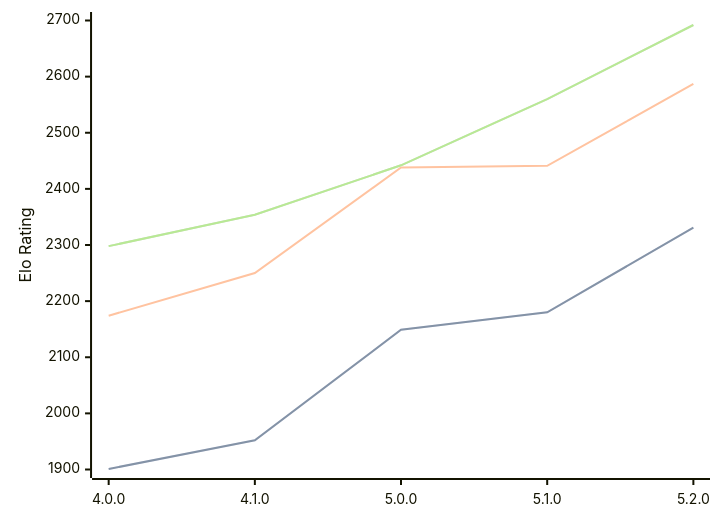
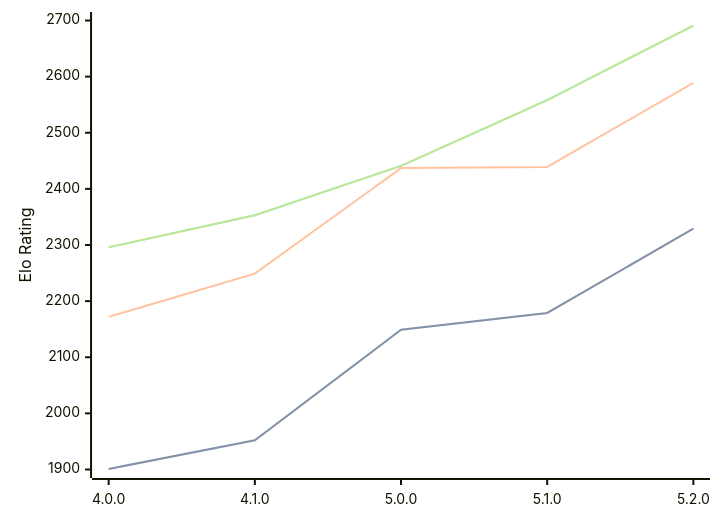
One commit to computer-chess-index/cci changed the diagram in engines/Aconcagua.md. Above: the diagram before and after it, drawn with Mermaid. The commit also changed other lines of this file, not shown here.

Commit message:
Update CCI Ratings (ELO VLTC) - 2026-08-11

````diff
--- a/engines/Aconcagua.md
+++ b/engines/Aconcagua.md
@@ -35,11 +35,11 @@
 ```mermaid
 %%{init: {"theme":"base","themeVariables":{"seriesColors:['#a3a3a3','#222221','#faa371']}}}%%
 xychart-beta
   x-axis ["4.0.0", "4.1.0", "5.0.0", "5.1.0", "5.2.0"]
   y-axis "Elo Rating" 1900 --> 2700
-  line "STC (8.0+0.08s)" [1901, 1952, 2149, 2180, 2331]
-  line "STC (8.0+0.08s)" [1901, 1952, 2149, 2180, 2331]
-  line "LTC (60.0+0.60s)" [2174, 2250, 2438, 2441, 2587]
-  line "VLTC (2m24s+1.12s)" [2298, 2354, 2442, 2560, 2692]
-  line "VLTC (2m24s+1.12s)" [2298, 2354, 2442, 2560, 2692]
+  line "STC (8.0+0.08s)" [1901, 1952, 2149, 2179, 2329]
+  line "STC (8.0+0.08s)" [1901, 1952, 2149, 2179, 2329]
+  line "LTC (60.0+0.60s)" [2172, 2249, 2437, 2439, 2589]
+  line "VLTC (2m24s+1.12s)" [2296, 2353, 2441, 2558, 2691]
+  line "VLTC (2m24s+1.12s)" [2296, 2353, 2441, 2558, 2691]
 ```
````
